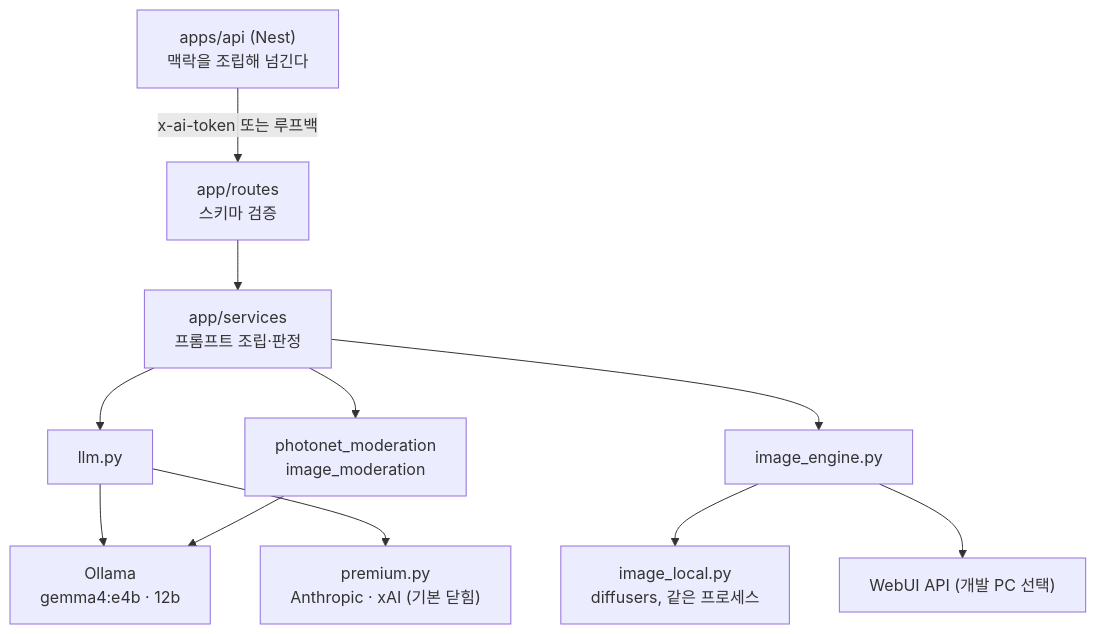
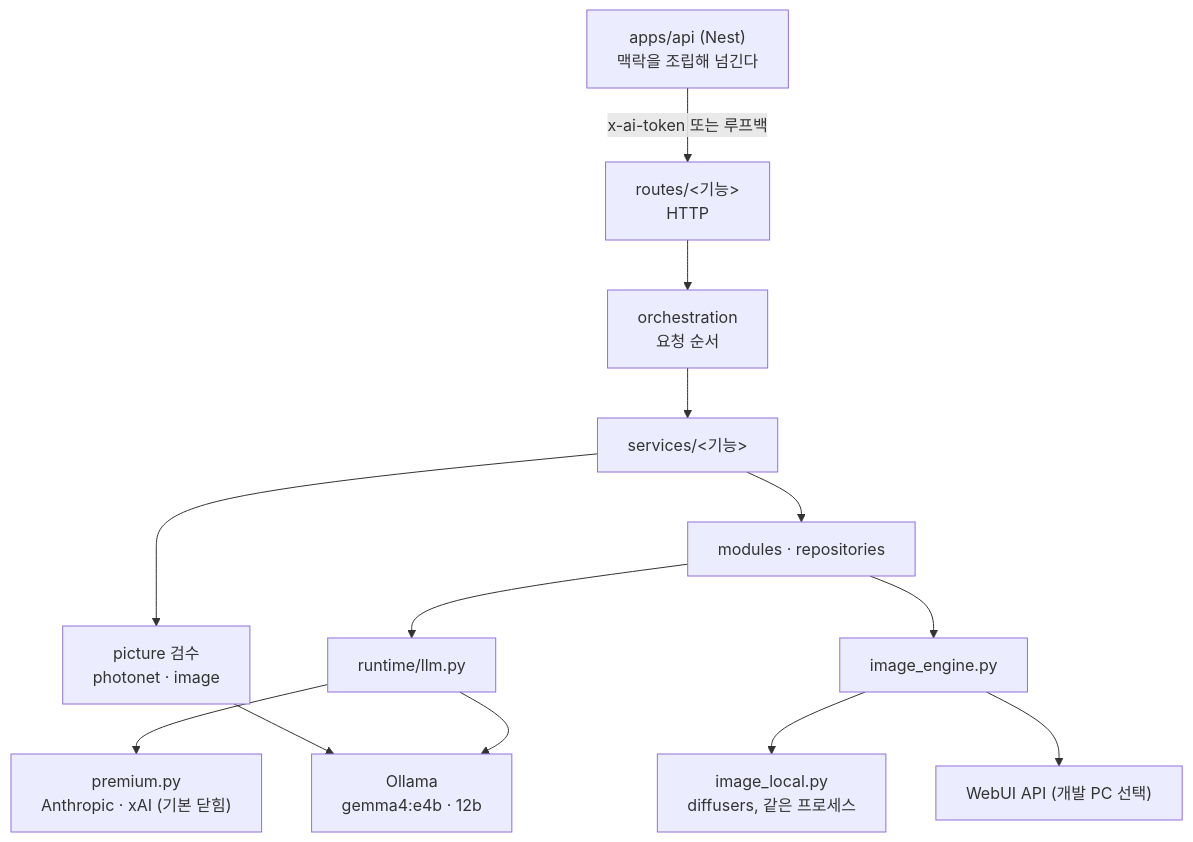
The third of 4 diagrams in services/ai/README.md (samam0234/CodiComperChat), drawn with Mermaid before and after one commit. The commit also changed other lines of this file and 168 other files, not shown here.

````diff
--- a/services/ai/README.md
+++ b/services/ai/README.md
@@ -115,13 +111,15 @@
 ```mermaid
 flowchart TD
-  nest["apps/api (Nest)<br/>맥락을 조립해 넘긴다"] -->|"x-ai-token 또는 루프백"| route["app/routes<br/>스키마 검증"]
-  route --> svc["app/services<br/>프롬프트 조립·판정"]
-  svc --> llm["llm.py"]
+  nest["apps/api (Nest)<br/>맥락을 조립해 넘긴다"] -->|"x-ai-token 또는 루프백"| route["routes/&lt;기능&gt;<br/>HTTP"]
+  route --> orch["orchestration<br/>요청 순서"]
+  orch --> svc["services/&lt;기능&gt;"]
+  svc --> runtime["modules · repositories"]
+  runtime --> llm["runtime/llm.py"]
   llm --> ollama["Ollama<br/>gemma4:e4b · 12b"]
   llm --> premium["premium.py<br/>Anthropic · xAI (기본 닫힘)"]
-  svc --> engine["image_engine.py"]
+  runtime --> engine["image_engine.py"]
   engine --> local["image_local.py<br/>diffusers, 같은 프로세스"]
   engine --> webui["WebUI API (개발 PC 선택)"]
-  svc --> check["photonet_moderation<br/>image_moderation"]
+  svc --> check["picture 검수<br/>photonet · image"]
   check --> ollama
 ```
````
